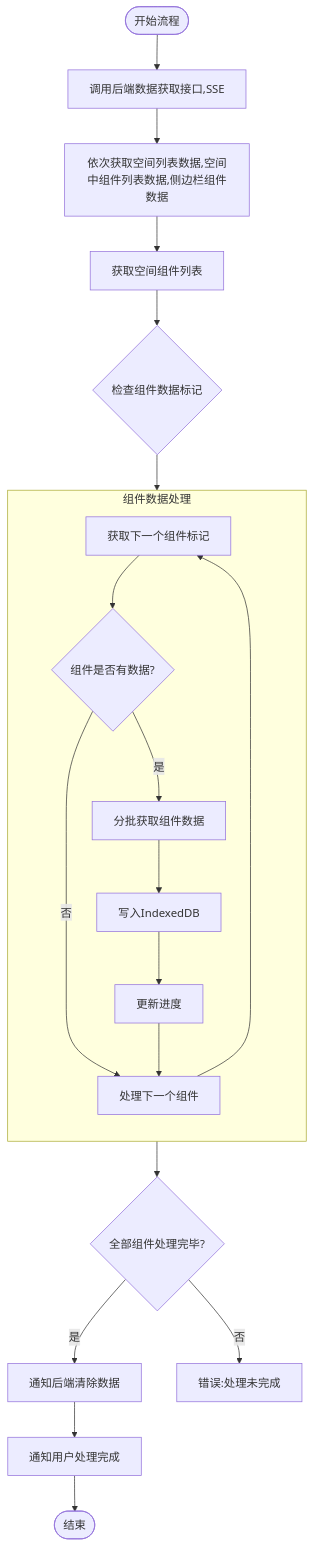
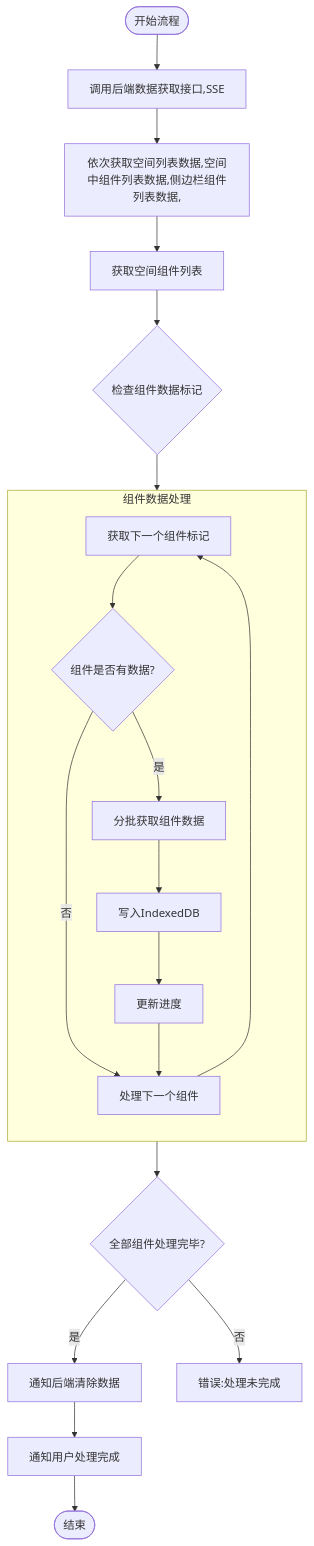
The diagram in all/未命名-59.md (yingjianzh/iodraw-files), drawn with Mermaid before and after one commit.

Commit message:
2025-05-14 14:51:38 update

````diff
--- a/all/未命名-59.md
+++ b/all/未命名-59.md
@@ -1,29 +1,29 @@
 ```mermaid
 
 flowchart TD
     Start([开始流程]) --> FetchData[调用后端数据获取接口,SSE]
-    FetchData --> FetchSpaceData[依次获取空间列表数据,空间中组件列表数据,侧边栏组件数据]
+    FetchData --> FetchSpaceData[依次获取空间列表数据,空间中组件列表数据,侧边栏组件列表数据,]
     FetchSpaceData --> FetchComponentList[获取空间组件列表]
     FetchComponentList --> CheckComponentData{检查组件数据标记}
     
     subgraph ComponentProcess [组件数据处理]
         direction TB
         A[获取下一个组件标记] --> B{组件是否有数据?}
         B -->|否| NextComponent[处理下一个组件]
         B -->|是| C[分批获取组件数据]
         C --> D[写入IndexedDB]
         D --> UpdateProgress[更新进度]
         UpdateProgress --> NextComponent
         NextComponent --> A
     end
     
     CheckComponentData --> ComponentProcess
     ComponentProcess --> AllComponentsProcessed{全部组件处理完毕?}
     
     AllComponentsProcessed -->|是| ClearServerData[通知后端清除数据]
     AllComponentsProcessed -->|否| Error3[错误:处理未完成]
     
     ClearServerData --> CompletionNotification[通知用户处理完成]
     CompletionNotification --> End([结束])
 
 ```
````
